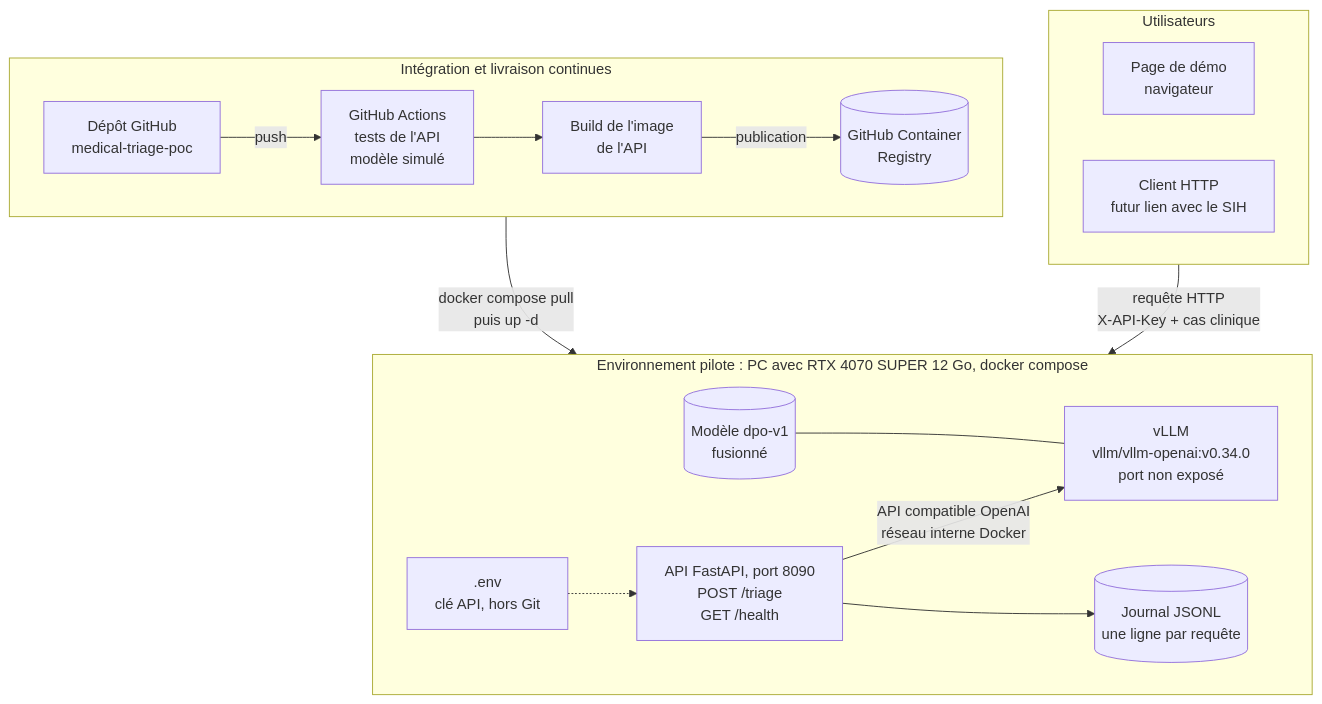
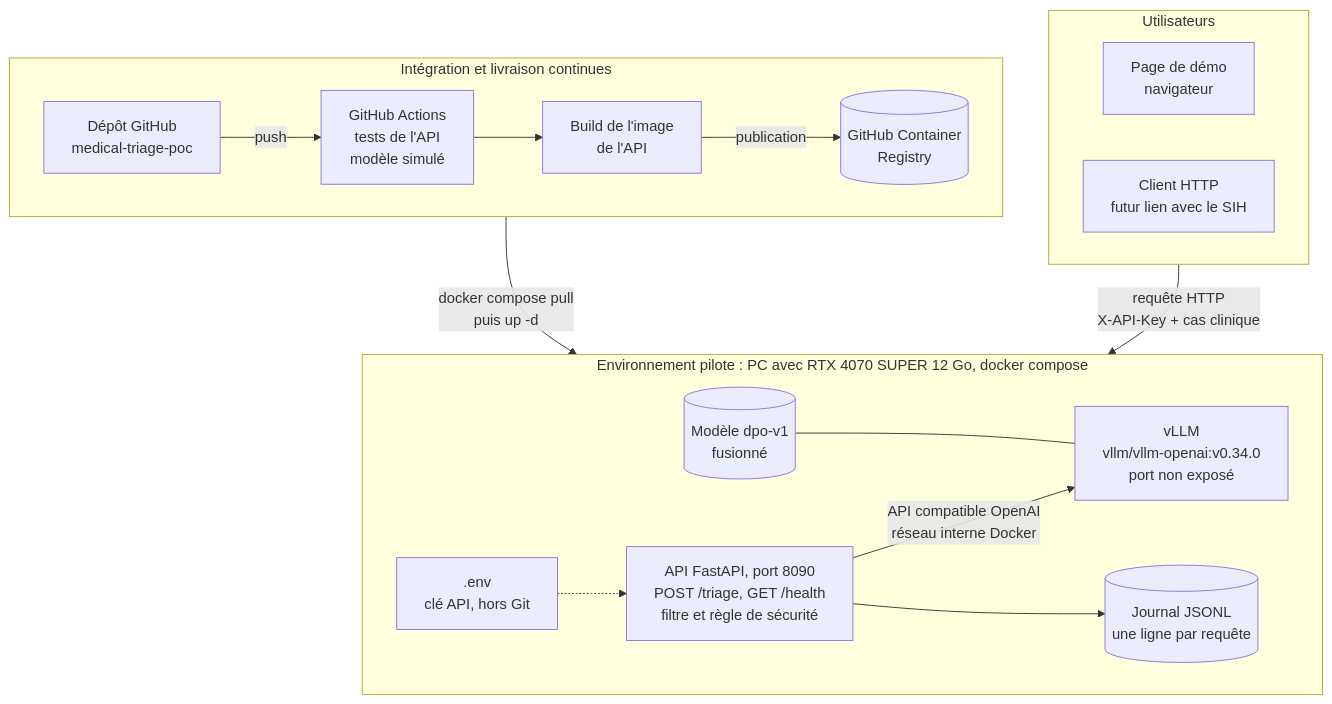
One commit to G-Hostin/medical-triage-poc changed the diagram in livrables/rapport_final_architecture.mmd. Above: the diagram before and after it, drawn with Mermaid. The commit also changed 3 other files, not shown here.

```diff
--- a/livrables/rapport_final_architecture.mmd
+++ b/livrables/rapport_final_architecture.mmd
@@ -1,25 +1,25 @@
 %% Architecture du POC de triage (environnement pilote)
 flowchart TB
     subgraph ci["Intégration et livraison continues"]
         direction LR
         git["Dépôt GitHub<br>medical-triage-poc"] -->|push| tests["GitHub Actions<br>tests de l'API<br>modèle simulé"]
         tests --> build["Build de l'image<br>de l'API"]
         build -->|publication| ghcr[("GitHub Container<br>Registry")]
     end
 
     subgraph clients["Utilisateurs"]
         direction LR
         demo["Page de démo<br>navigateur"]
         client["Client HTTP<br>futur lien avec le SIH"]
     end
 
     subgraph pilote["Environnement pilote : PC avec RTX 4070 SUPER 12 Go, docker compose"]
         direction LR
-        env[".env<br>clé API, hors Git"] -.-> api["API FastAPI, port 8090<br>POST /triage<br>GET /health"]
+        env[".env<br>clé API, hors Git"] -.-> api["API FastAPI, port 8090<br>POST /triage, GET /health<br>filtre et règle de sécurité"]
         api -->|"API compatible OpenAI<br>réseau interne Docker"| vllm["vLLM<br>vllm/vllm-openai:v0.34.0<br>port non exposé"]
         poids[("Modèle dpo-v1<br>fusionné")] --- vllm
         api --> journal[("Journal JSONL<br>une ligne par requête")]
     end
 
     ci -->|"docker compose pull<br>puis up -d"| pilote
     clients -->|"requête HTTP<br>X-API-Key + cas clinique"| pilote
```
